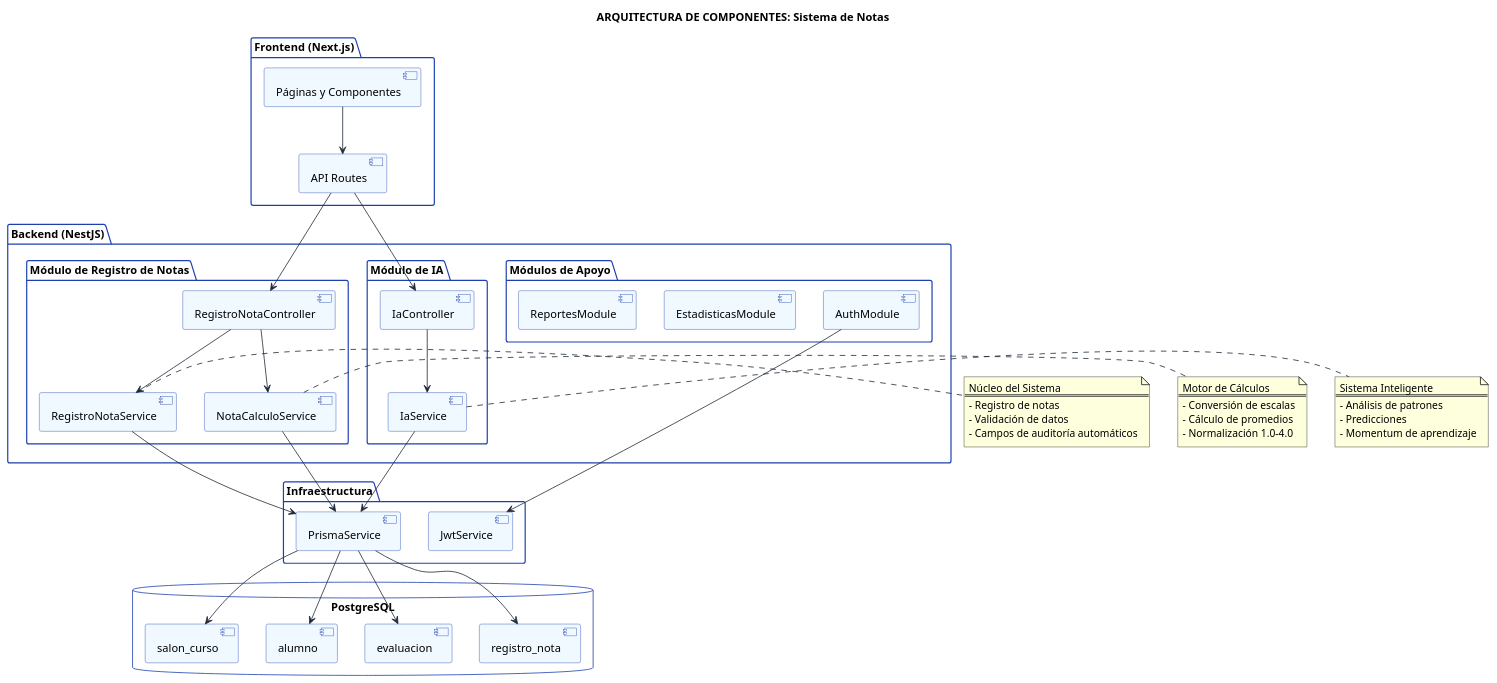
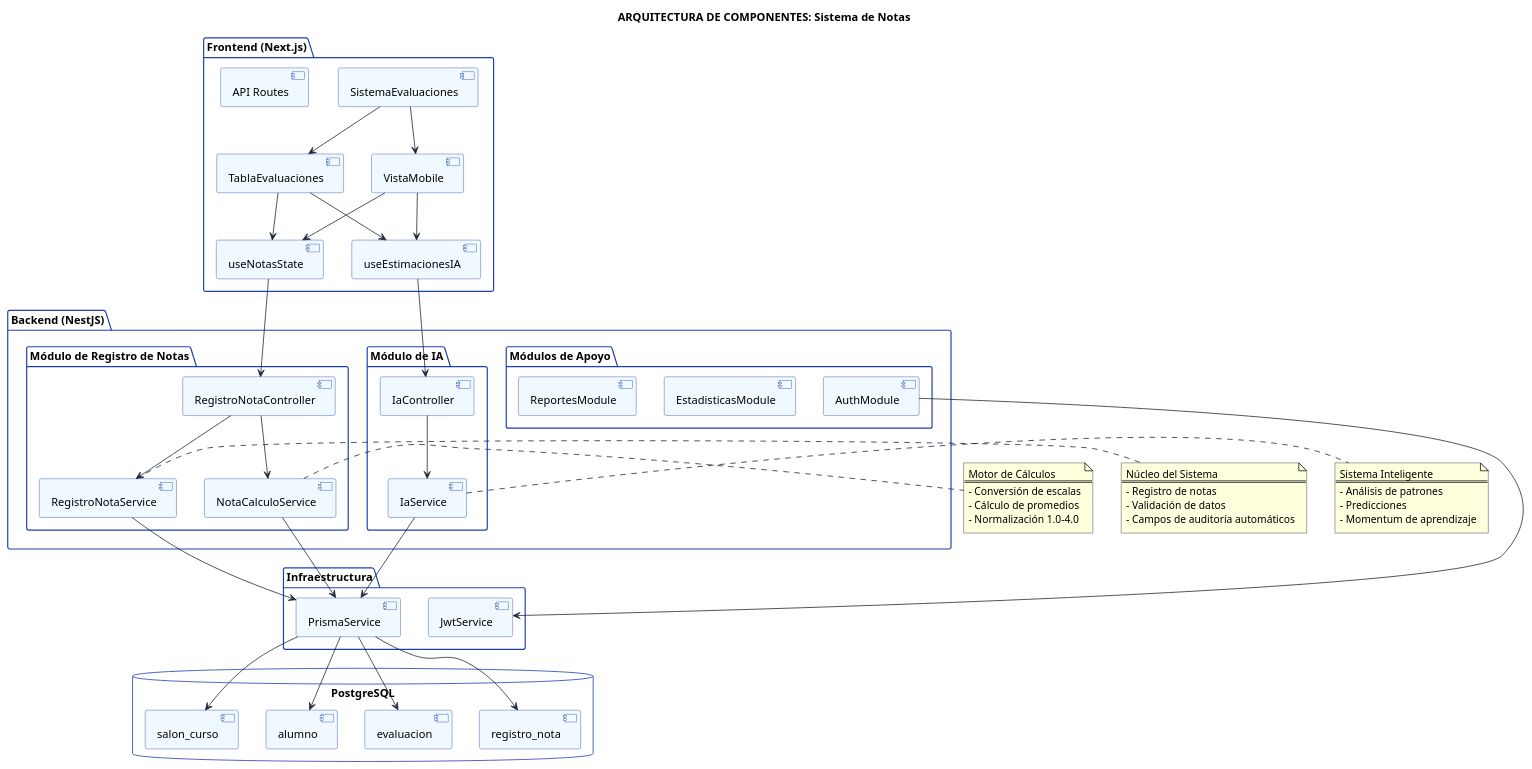
The diagram in diagramas/registro-notas/componentes-registro-notas.puml (CondePlocs/sistemnotas), drawn with PlantUML before and after one commit. The commit also changed 5 other files, not shown here.

```diff
--- a/diagramas/registro-notas/componentes-registro-notas.puml
+++ b/diagramas/registro-notas/componentes-registro-notas.puml
@@ -1,99 +1,108 @@
 @startuml Diagrama de Componentes - Sistema de Notas
 
 skinparam {
     ComponentBackgroundColor #F0F9FF
     ComponentBorderColor #1E40AF
     InterfaceBackgroundColor #EEF2FF
     InterfaceBorderColor #1E40AF
     DatabaseBackgroundColor #E8F4FD
     DatabaseBorderColor #1F2937
     ArrowColor #1F2937
     PackageBackgroundColor #FFFFFF
     PackageBorderColor #1E40AF
 }
 
 title ARQUITECTURA DE COMPONENTES: Sistema de Notas
 
 package "Frontend (Next.js)" {
-    [Páginas y Componentes] as UI
+    [SistemaEvaluaciones] as SistemaEval
+    [TablaEvaluaciones] as TablaEval
+    [VistaMobile] as VistaMobile
+    [useNotasState] as NotasHook
+    [useEstimacionesIA] as IAHook
     [API Routes] as APIRoutes
 }
 
 package "Backend (NestJS)" {
     package "Módulo de Registro de Notas" {
         [RegistroNotaController] as NotasController
         [RegistroNotaService] as NotasService
         [NotaCalculoService] as CalculoService
     }
     
     package "Módulo de IA" {
         [IaController] as IAController
         [IaService] as IAService
     }
 
     package "Módulos de Apoyo" {
         [AuthModule] as Auth
         [EstadisticasModule] as Stats
         [ReportesModule] as Reports
     }
 }
 
 package "Infraestructura" {
     [PrismaService] as Prisma
     [JwtService] as JWT
 }
 
 database "PostgreSQL" {
     [registro_nota]
     [evaluacion]
     [alumno]
     [salon_curso]
 }
 
 ' Conexiones Frontend-Backend
-UI --> APIRoutes
-APIRoutes --> NotasController
-APIRoutes --> IAController
+SistemaEval --> TablaEval
+SistemaEval --> VistaMobile
+TablaEval --> NotasHook
+TablaEval --> IAHook
+VistaMobile --> NotasHook
+VistaMobile --> IAHook
+NotasHook --> NotasController
+IAHook --> IAController
 
 ' Conexiones Módulos
 NotasController --> NotasService
 NotasController --> CalculoService
 IAController --> IAService
 
 ' Conexiones con Prisma
 NotasService --> Prisma
 CalculoService --> Prisma
 IAService --> Prisma
 Prisma --> registro_nota
 Prisma --> evaluacion
 Prisma --> alumno
 Prisma --> salon_curso
 
 ' Autenticación
 Auth --> JWT
 
 note right of NotasService
   Núcleo del Sistema
   ==
   - Registro de notas
   - Validación de datos
   - Campos de auditoría automáticos
 end note
 
 note right of CalculoService
   Motor de Cálculos
   ==
   - Conversión de escalas
   - Cálculo de promedios
   - Normalización 1.0-4.0
 end note
 
 note right of IAService
   Sistema Inteligente
   ==
   - Análisis de patrones
   - Predicciones
   - Momentum de aprendizaje
 end note
 
 @enduml
```
